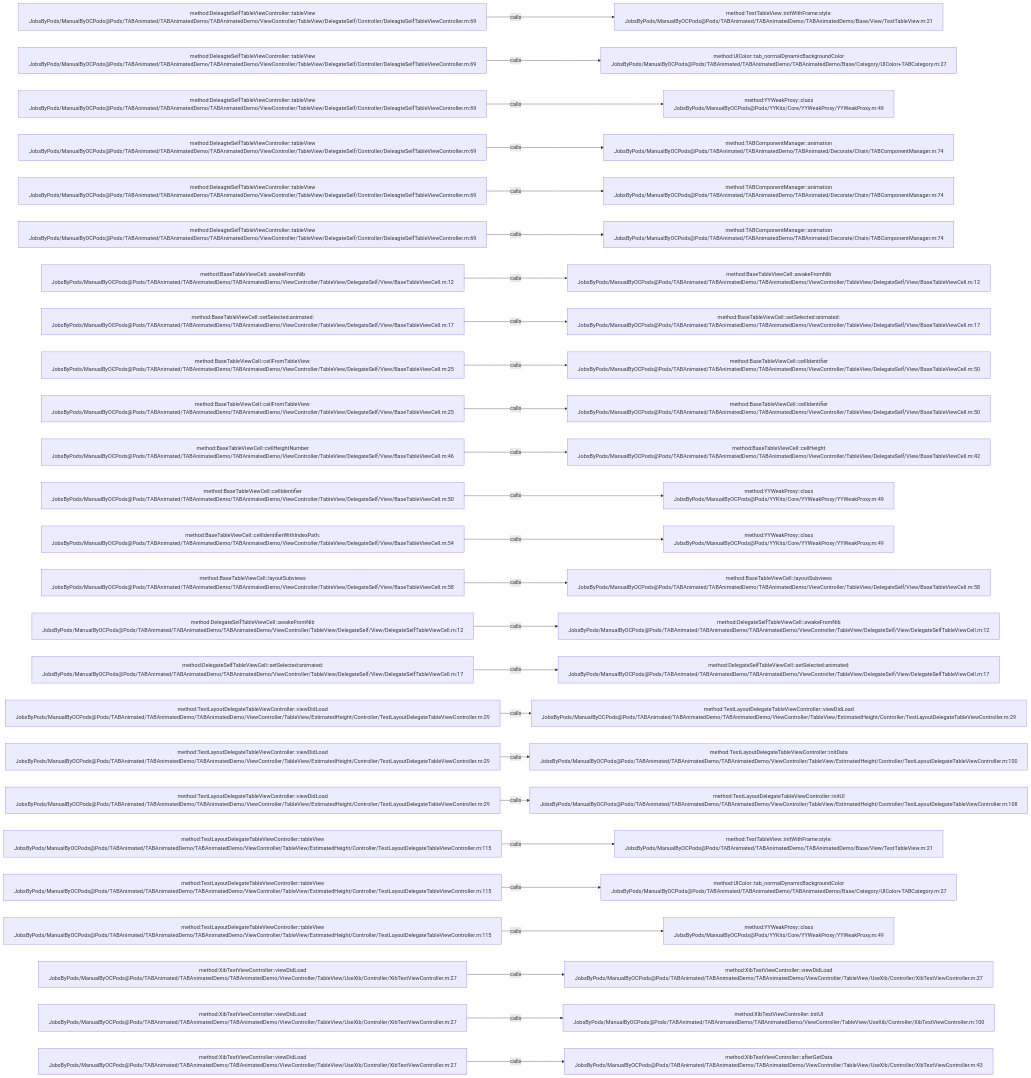
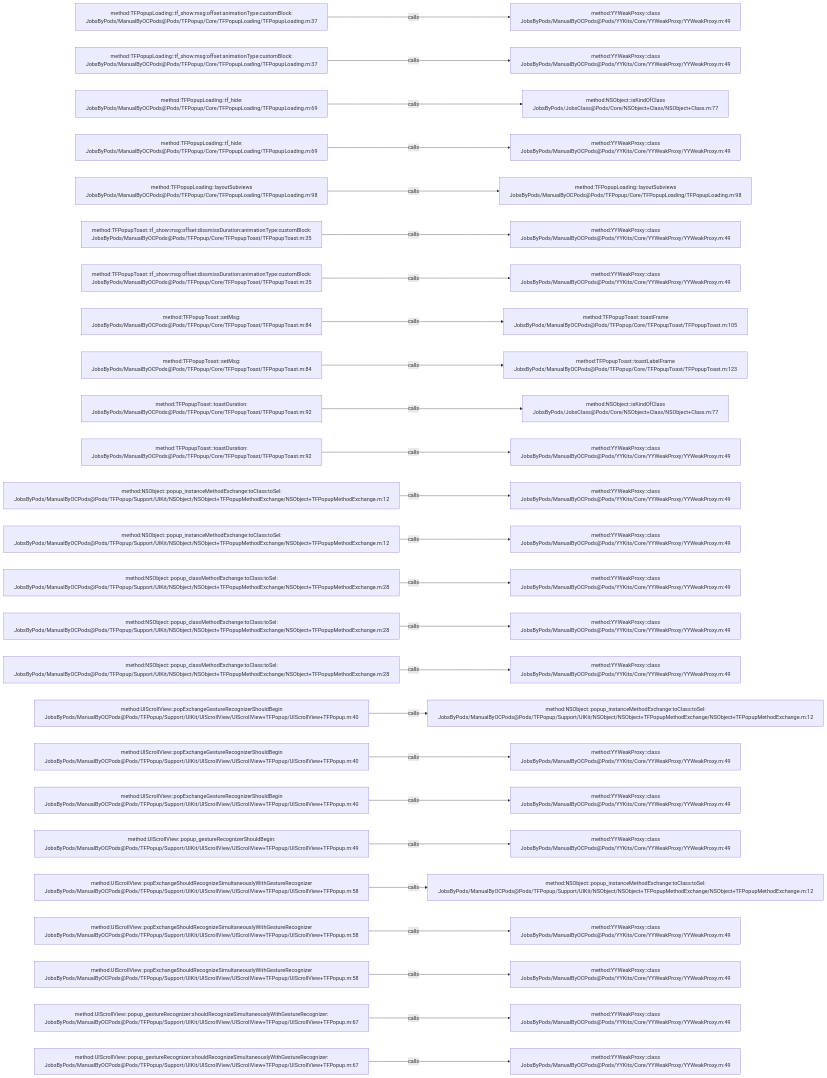
One commit to JobsKits/JobsOCBaseConfigDemo changed the diagram in .codegraph/codegraph.md/graphs/calls-071.md. Above: the diagram before and after it, drawn with Mermaid. The commit also changed 1223 other files, not shown here.

````diff
--- a/.codegraph/codegraph.md/graphs/calls-071.md
+++ b/.codegraph/codegraph.md/graphs/calls-071.md
@@ -13,78 +13,78 @@
 ```mermaid
 flowchart LR
-  S1["method:DeleagteSelfTableViewController::tableView<br/>JobsByPods/ManualByOCPods@Pods/TABAnimated/TABAnimatedDemo/TABAnimatedDemo/ViewController/TableView/DelegateSelf/Controller/DeleagteSelfTableViewController.m:69"]
-  T1["method:TestTableView::initWithFrame:style:<br/>JobsByPods/ManualByOCPods@Pods/TABAnimated/TABAnimatedDemo/TABAnimatedDemo/Base/View/TestTableView.m:21"]
+  S1["method:TFPopupLoading::tf_show:msg:offset:animationType:customBlock:<br/>JobsByPods/ManualByOCPods@Pods/TFPopup/Core/TFPopupLoading/TFPopupLoading.m:37"]
+  T1["method:YYWeakProxy::class<br/>JobsByPods/ManualByOCPods@Pods/YYKits/Core/YYWeakProxy/YYWeakProxy.m:49"]
   S1 -->|calls| T1
-  S2["method:DeleagteSelfTableViewController::tableView<br/>JobsByPods/ManualByOCPods@Pods/TABAnimated/TABAnimatedDemo/TABAnimatedDemo/ViewController/TableView/DelegateSelf/Controller/DeleagteSelfTableViewController.m:69"]
-  T2["method:UIColor::tab_normalDynamicBackgroundColor<br/>JobsByPods/ManualByOCPods@Pods/TABAnimated/TABAnimatedDemo/TABAnimatedDemo/Base/Category/UIColor+TABCategory.m:27"]
+  S2["method:TFPopupLoading::tf_show:msg:offset:animationType:customBlock:<br/>JobsByPods/ManualByOCPods@Pods/TFPopup/Core/TFPopupLoading/TFPopupLoading.m:37"]
+  T2["method:YYWeakProxy::class<br/>JobsByPods/ManualByOCPods@Pods/YYKits/Core/YYWeakProxy/YYWeakProxy.m:49"]
   S2 -->|calls| T2
-  S3["method:DeleagteSelfTableViewController::tableView<br/>JobsByPods/ManualByOCPods@Pods/TABAnimated/TABAnimatedDemo/TABAnimatedDemo/ViewController/TableView/DelegateSelf/Controller/DeleagteSelfTableViewController.m:69"]
-  T3["method:YYWeakProxy::class<br/>JobsByPods/ManualByOCPods@Pods/YYKits/Core/YYWeakProxy/YYWeakProxy.m:49"]
+  S3["method:TFPopupLoading::tf_hide:<br/>JobsByPods/ManualByOCPods@Pods/TFPopup/Core/TFPopupLoading/TFPopupLoading.m:69"]
+  T3["method:NSObject::isKindOfClass<br/>JobsByPods/JobsClass@Pods/Core/NSObject+Class/NSObject+Class.m:77"]
   S3 -->|calls| T3
-  S4["method:DeleagteSelfTableViewController::tableView<br/>JobsByPods/ManualByOCPods@Pods/TABAnimated/TABAnimatedDemo/TABAnimatedDemo/ViewController/TableView/DelegateSelf/Controller/DeleagteSelfTableViewController.m:69"]
-  T4["method:TABComponentManager::animation<br/>JobsByPods/ManualByOCPods@Pods/TABAnimated/TABAnimatedDemo/TABAnimated/Decorate/Chain/TABComponentManager.m:74"]
+  S4["method:TFPopupLoading::tf_hide:<br/>JobsByPods/ManualByOCPods@Pods/TFPopup/Core/TFPopupLoading/TFPopupLoading.m:69"]
+  T4["method:YYWeakProxy::class<br/>JobsByPods/ManualByOCPods@Pods/YYKits/Core/YYWeakProxy/YYWeakProxy.m:49"]
   S4 -->|calls| T4
-  S5["method:DeleagteSelfTableViewController::tableView<br/>JobsByPods/ManualByOCPods@Pods/TABAnimated/TABAnimatedDemo/TABAnimatedDemo/ViewController/TableView/DelegateSelf/Controller/DeleagteSelfTableViewController.m:69"]
-  T5["method:TABComponentManager::animation<br/>JobsByPods/ManualByOCPods@Pods/TABAnimated/TABAnimatedDemo/TABAnimated/Decorate/Chain/TABComponentManager.m:74"]
+  S5["method:TFPopupLoading::layoutSubviews<br/>JobsByPods/ManualByOCPods@Pods/TFPopup/Core/TFPopupLoading/TFPopupLoading.m:98"]
+  T5["method:TFPopupLoading::layoutSubviews<br/>JobsByPods/ManualByOCPods@Pods/TFPopup/Core/TFPopupLoading/TFPopupLoading.m:98"]
   S5 -->|calls| T5
-  S6["method:DeleagteSelfTableViewController::tableView<br/>JobsByPods/ManualByOCPods@Pods/TABAnimated/TABAnimatedDemo/TABAnimatedDemo/ViewController/TableView/DelegateSelf/Controller/DeleagteSelfTableViewController.m:69"]
-  T6["method:TABComponentManager::animation<br/>JobsByPods/ManualByOCPods@Pods/TABAnimated/TABAnimatedDemo/TABAnimated/Decorate/Chain/TABComponentManager.m:74"]
+  S6["method:TFPopupToast::tf_show:msg:offset:dissmissDuration:animationType:customBlock:<br/>JobsByPods/ManualByOCPods@Pods/TFPopup/Core/TFPopupToast/TFPopupToast.m:35"]
+  T6["method:YYWeakProxy::class<br/>JobsByPods/ManualByOCPods@Pods/YYKits/Core/YYWeakProxy/YYWeakProxy.m:49"]
   S6 -->|calls| T6
-  S7["method:BaseTableViewCell::awakeFromNib<br/>JobsByPods/ManualByOCPods@Pods/TABAnimated/TABAnimatedDemo/TABAnimatedDemo/ViewController/TableView/DelegateSelf/View/BaseTableViewCell.m:12"]
-  T7["method:BaseTableViewCell::awakeFromNib<br/>JobsByPods/ManualByOCPods@Pods/TABAnimated/TABAnimatedDemo/TABAnimatedDemo/ViewController/TableView/DelegateSelf/View/BaseTableViewCell.m:12"]
+  S7["method:TFPopupToast::tf_show:msg:offset:dissmissDuration:animationType:customBlock:<br/>JobsByPods/ManualByOCPods@Pods/TFPopup/Core/TFPopupToast/TFPopupToast.m:35"]
+  T7["method:YYWeakProxy::class<br/>JobsByPods/ManualByOCPods@Pods/YYKits/Core/YYWeakProxy/YYWeakProxy.m:49"]
   S7 -->|calls| T7
-  S8["method:BaseTableViewCell::setSelected:animated:<br/>JobsByPods/ManualByOCPods@Pods/TABAnimated/TABAnimatedDemo/TABAnimatedDemo/ViewController/TableView/DelegateSelf/View/BaseTableViewCell.m:17"]
-  T8["method:BaseTableViewCell::setSelected:animated:<br/>JobsByPods/ManualByOCPods@Pods/TABAnimated/TABAnimatedDemo/TABAnimatedDemo/ViewController/TableView/DelegateSelf/View/BaseTableViewCell.m:17"]
+  S8["method:TFPopupToast::setMsg:<br/>JobsByPods/ManualByOCPods@Pods/TFPopup/Core/TFPopupToast/TFPopupToast.m:84"]
+  T8["method:TFPopupToast::toastFrame<br/>JobsByPods/ManualByOCPods@Pods/TFPopup/Core/TFPopupToast/TFPopupToast.m:105"]
   S8 -->|calls| T8
-  S9["method:BaseTableViewCell::cellFromTableView:<br/>JobsByPods/ManualByOCPods@Pods/TABAnimated/TABAnimatedDemo/TABAnimatedDemo/ViewController/TableView/DelegateSelf/View/BaseTableViewCell.m:25"]
-  T9["method:BaseTableViewCell::cellIdentifier<br/>JobsByPods/ManualByOCPods@Pods/TABAnimated/TABAnimatedDemo/TABAnimatedDemo/ViewController/TableView/DelegateSelf/View/BaseTableViewCell.m:50"]
+  S9["method:TFPopupToast::setMsg:<br/>JobsByPods/ManualByOCPods@Pods/TFPopup/Core/TFPopupToast/TFPopupToast.m:84"]
+  T9["method:TFPopupToast::toastLabelFrame<br/>JobsByPods/ManualByOCPods@Pods/TFPopup/Core/TFPopupToast/TFPopupToast.m:123"]
   S9 -->|calls| T9
-  S10["method:BaseTableViewCell::cellFromTableView:<br/>JobsByPods/ManualByOCPods@Pods/TABAnimated/TABAnimatedDemo/TABAnimatedDemo/ViewController/TableView/DelegateSelf/View/BaseTableViewCell.m:25"]
-  T10["method:BaseTableViewCell::cellIdentifier<br/>JobsByPods/ManualByOCPods@Pods/TABAnimated/TABAnimatedDemo/TABAnimatedDemo/ViewController/TableView/DelegateSelf/View/BaseTableViewCell.m:50"]
+  S10["method:TFPopupToast::toastDuration:<br/>JobsByPods/ManualByOCPods@Pods/TFPopup/Core/TFPopupToast/TFPopupToast.m:92"]
+  T10["method:NSObject::isKindOfClass<br/>JobsByPods/JobsClass@Pods/Core/NSObject+Class/NSObject+Class.m:77"]
   S10 -->|calls| T10
-  S11["method:BaseTableViewCell::cellHeightNumber<br/>JobsByPods/ManualByOCPods@Pods/TABAnimated/TABAnimatedDemo/TABAnimatedDemo/ViewController/TableView/DelegateSelf/View/BaseTableViewCell.m:46"]
-  T11["method:BaseTableViewCell::cellHeight<br/>JobsByPods/ManualByOCPods@Pods/TABAnimated/TABAnimatedDemo/TABAnimatedDemo/ViewController/TableView/DelegateSelf/View/BaseTableViewCell.m:42"]
+  S11["method:TFPopupToast::toastDuration:<br/>JobsByPods/ManualByOCPods@Pods/TFPopup/Core/TFPopupToast/TFPopupToast.m:92"]
+  T11["method:YYWeakProxy::class<br/>JobsByPods/ManualByOCPods@Pods/YYKits/Core/YYWeakProxy/YYWeakProxy.m:49"]
   S11 -->|calls| T11
-  S12["method:BaseTableViewCell::cellIdentifier<br/>JobsByPods/ManualByOCPods@Pods/TABAnimated/TABAnimatedDemo/TABAnimatedDemo/ViewController/TableView/DelegateSelf/View/BaseTableViewCell.m:50"]
+  S12["method:NSObject::popup_instanceMethodExchange:toClass:toSel:<br/>JobsByPods/ManualByOCPods@Pods/TFPopup/Support/UIKit/NSObject/NSObject+TFPopupMethodExchange/NSObject+TFPopupMethodExchange.m:12"]
   T12["method:YYWeakProxy::class<br/>JobsByPods/ManualByOCPods@Pods/YYKits/Core/YYWeakProxy/YYWeakProxy.m:49"]
   S12 -->|calls| T12
-  S13["method:BaseTableViewCell::cellIdentifierWithIndexPath:<br/>JobsByPods/ManualByOCPods@Pods/TABAnimated/TABAnimatedDemo/TABAnimatedDemo/ViewController/TableView/DelegateSelf/View/BaseTableViewCell.m:54"]
+  S13["method:NSObject::popup_instanceMethodExchange:toClass:toSel:<br/>JobsByPods/ManualByOCPods@Pods/TFPopup/Support/UIKit/NSObject/NSObject+TFPopupMethodExchange/NSObject+TFPopupMethodExchange.m:12"]
   T13["method:YYWeakProxy::class<br/>JobsByPods/ManualByOCPods@Pods/YYKits/Core/YYWeakProxy/YYWeakProxy.m:49"]
   S13 -->|calls| T13
-  S14["method:BaseTableViewCell::layoutSubviews<br/>JobsByPods/ManualByOCPods@Pods/TABAnimated/TABAnimatedDemo/TABAnimatedDemo/ViewController/TableView/DelegateSelf/View/BaseTableViewCell.m:58"]
-  T14["method:BaseTableViewCell::layoutSubviews<br/>JobsByPods/ManualByOCPods@Pods/TABAnimated/TABAnimatedDemo/TABAnimatedDemo/ViewController/TableView/DelegateSelf/View/BaseTableViewCell.m:58"]
+  S14["method:NSObject::popup_classMethodExchange:toClass:toSel:<br/>JobsByPods/ManualByOCPods@Pods/TFPopup/Support/UIKit/NSObject/NSObject+TFPopupMethodExchange/NSObject+TFPopupMethodExchange.m:28"]
+  T14["method:YYWeakProxy::class<br/>JobsByPods/ManualByOCPods@Pods/YYKits/Core/YYWeakProxy/YYWeakProxy.m:49"]
   S14 -->|calls| T14
-  S15["method:DelegateSelfTableViewCell::awakeFromNib<br/>JobsByPods/ManualByOCPods@Pods/TABAnimated/TABAnimatedDemo/TABAnimatedDemo/ViewController/TableView/DelegateSelf/View/DelegateSelfTableViewCell.m:12"]
-  T15["method:DelegateSelfTableViewCell::awakeFromNib<br/>JobsByPods/ManualByOCPods@Pods/TABAnimated/TABAnimatedDemo/TABAnimatedDemo/ViewController/TableView/DelegateSelf/View/DelegateSelfTableViewCell.m:12"]
+  S15["method:NSObject::popup_classMethodExchange:toClass:toSel:<br/>JobsByPods/ManualByOCPods@Pods/TFPopup/Support/UIKit/NSObject/NSObject+TFPopupMethodExchange/NSObject+TFPopupMethodExchange.m:28"]
+  T15["method:YYWeakProxy::class<br/>JobsByPods/ManualByOCPods@Pods/YYKits/Core/YYWeakProxy/YYWeakProxy.m:49"]
   S15 -->|calls| T15
-  S16["method:DelegateSelfTableViewCell::setSelected:animated:<br/>JobsByPods/ManualByOCPods@Pods/TABAnimated/TABAnimatedDemo/TABAnimatedDemo/ViewController/TableView/DelegateSelf/View/DelegateSelfTableViewCell.m:17"]
-  T16["method:DelegateSelfTableViewCell::setSelected:animated:<br/>JobsByPods/ManualByOCPods@Pods/TABAnimated/TABAnimatedDemo/TABAnimatedDemo/ViewController/TableView/DelegateSelf/View/DelegateSelfTableViewCell.m:17"]
+  S16["method:NSObject::popup_classMethodExchange:toClass:toSel:<br/>JobsByPods/ManualByOCPods@Pods/TFPopup/Support/UIKit/NSObject/NSObject+TFPopupMethodExchange/NSObject+TFPopupMethodExchange.m:28"]
+  T16["method:YYWeakProxy::class<br/>JobsByPods/ManualByOCPods@Pods/YYKits/Core/YYWeakProxy/YYWeakProxy.m:49"]
   S16 -->|calls| T16
-  S17["method:TestLayoutDelegateTableViewController::viewDidLoad<br/>JobsByPods/ManualByOCPods@Pods/TABAnimated/TABAnimatedDemo/TABAnimatedDemo/ViewController/TableView/EstimatedHeight/Controller/TestLayoutDelegateTableViewController.m:29"]
-  T17["method:TestLayoutDelegateTableViewController::viewDidLoad<br/>JobsByPods/ManualByOCPods@Pods/TABAnimated/TABAnimatedDemo/TABAnimatedDemo/ViewController/TableView/EstimatedHeight/Controller/TestLayoutDelegateTableViewController.m:29"]
+  S17["method:UIScrollView::popExchangeGestureRecognizerShouldBegin<br/>JobsByPods/ManualByOCPods@Pods/TFPopup/Support/UIKit/UIScrollView/UIScrollView+TFPopup/UIScrollView+TFPopup.m:40"]
+  T17["method:NSObject::popup_instanceMethodExchange:toClass:toSel:<br/>JobsByPods/ManualByOCPods@Pods/TFPopup/Support/UIKit/NSObject/NSObject+TFPopupMethodExchange/NSObject+TFPopupMethodExchange.m:12"]
   S17 -->|calls| T17
-  S18["method:TestLayoutDelegateTableViewController::viewDidLoad<br/>JobsByPods/ManualByOCPods@Pods/TABAnimated/TABAnimatedDemo/TABAnimatedDemo/ViewController/TableView/EstimatedHeight/Controller/TestLayoutDelegateTableViewController.m:29"]
-  T18["method:TestLayoutDelegateTableViewController::initData<br/>JobsByPods/ManualByOCPods@Pods/TABAnimated/TABAnimatedDemo/TABAnimatedDemo/ViewController/TableView/EstimatedHeight/Controller/TestLayoutDelegateTableViewController.m:100"]
+  S18["method:UIScrollView::popExchangeGestureRecognizerShouldBegin<br/>JobsByPods/ManualByOCPods@Pods/TFPopup/Support/UIKit/UIScrollView/UIScrollView+TFPopup/UIScrollView+TFPopup.m:40"]
+  T18["method:YYWeakProxy::class<br/>JobsByPods/ManualByOCPods@Pods/YYKits/Core/YYWeakProxy/YYWeakProxy.m:49"]
   S18 -->|calls| T18
-  S19["method:TestLayoutDelegateTableViewController::viewDidLoad<br/>JobsByPods/ManualByOCPods@Pods/TABAnimated/TABAnimatedDemo/TABAnimatedDemo/ViewController/TableView/EstimatedHeight/Controller/TestLayoutDelegateTableViewController.m:29"]
-  T19["method:TestLayoutDelegateTableViewController::initUI<br/>JobsByPods/ManualByOCPods@Pods/TABAnimated/TABAnimatedDemo/TABAnimatedDemo/ViewController/TableView/EstimatedHeight/Controller/TestLayoutDelegateTableViewController.m:108"]
+  S19["method:UIScrollView::popExchangeGestureRecognizerShouldBegin<br/>JobsByPods/ManualByOCPods@Pods/TFPopup/Support/UIKit/UIScrollView/UIScrollView+TFPopup/UIScrollView+TFPopup.m:40"]
+  T19["method:YYWeakProxy::class<br/>JobsByPods/ManualByOCPods@Pods/YYKits/Core/YYWeakProxy/YYWeakProxy.m:49"]
   S19 -->|calls| T19
-  S20["method:TestLayoutDelegateTableViewController::tableView<br/>JobsByPods/ManualByOCPods@Pods/TABAnimated/TABAnimatedDemo/TABAnimatedDemo/ViewController/TableView/EstimatedHeight/Controller/TestLayoutDelegateTableViewController.m:115"]
-  T20["method:TestTableView::initWithFrame:style:<br/>JobsByPods/ManualByOCPods@Pods/TABAnimated/TABAnimatedDemo/TABAnimatedDemo/Base/View/TestTableView.m:21"]
+  S20["method:UIScrollView::popup_gestureRecognizerShouldBegin:<br/>JobsByPods/ManualByOCPods@Pods/TFPopup/Support/UIKit/UIScrollView/UIScrollView+TFPopup/UIScrollView+TFPopup.m:49"]
+  T20["method:YYWeakProxy::class<br/>JobsByPods/ManualByOCPods@Pods/YYKits/Core/YYWeakProxy/YYWeakProxy.m:49"]
   S20 -->|calls| T20
-  S21["method:TestLayoutDelegateTableViewController::tableView<br/>JobsByPods/ManualByOCPods@Pods/TABAnimated/TABAnimatedDemo/TABAnimatedDemo/ViewController/TableView/EstimatedHeight/Controller/TestLayoutDelegateTableViewController.m:115"]
-  T21["method:UIColor::tab_normalDynamicBackgroundColor<br/>JobsByPods/ManualByOCPods@Pods/TABAnimated/TABAnimatedDemo/TABAnimatedDemo/Base/Category/UIColor+TABCategory.m:27"]
+  S21["method:UIScrollView::popExchangeShouldRecognizeSimultaneouslyWithGestureRecognizer<br/>JobsByPods/ManualByOCPods@Pods/TFPopup/Support/UIKit/UIScrollView/UIScrollView+TFPopup/UIScrollView+TFPopup.m:58"]
+  T21["method:NSObject::popup_instanceMethodExchange:toClass:toSel:<br/>JobsByPods/ManualByOCPods@Pods/TFPopup/Support/UIKit/NSObject/NSObject+TFPopupMethodExchange/NSObject+TFPopupMethodExchange.m:12"]
   S21 -->|calls| T21
-  S22["method:TestLayoutDelegateTableViewController::tableView<br/>JobsByPods/ManualByOCPods@Pods/TABAnimated/TABAnimatedDemo/TABAnimatedDemo/ViewController/TableView/EstimatedHeight/Controller/TestLayoutDelegateTableViewController.m:115"]
+  S22["method:UIScrollView::popExchangeShouldRecognizeSimultaneouslyWithGestureRecognizer<br/>JobsByPods/ManualByOCPods@Pods/TFPopup/Support/UIKit/UIScrollView/UIScrollView+TFPopup/UIScrollView+TFPopup.m:58"]
   T22["method:YYWeakProxy::class<br/>JobsByPods/ManualByOCPods@Pods/YYKits/Core/YYWeakProxy/YYWeakProxy.m:49"]
   S22 -->|calls| T22
-  S23["method:XibTestViewController::viewDidLoad<br/>JobsByPods/ManualByOCPods@Pods/TABAnimated/TABAnimatedDemo/TABAnimatedDemo/ViewController/TableView/UseXib/Controller/XibTestViewController.m:27"]
-  T23["method:XibTestViewController::viewDidLoad<br/>JobsByPods/ManualByOCPods@Pods/TABAnimated/TABAnimatedDemo/TABAnimatedDemo/ViewController/TableView/UseXib/Controller/XibTestViewController.m:27"]
+  S23["method:UIScrollView::popExchangeShouldRecognizeSimultaneouslyWithGestureRecognizer<br/>JobsByPods/ManualByOCPods@Pods/TFPopup/Support/UIKit/UIScrollView/UIScrollView+TFPopup/UIScrollView+TFPopup.m:58"]
+  T23["method:YYWeakProxy::class<br/>JobsByPods/ManualByOCPods@Pods/YYKits/Core/YYWeakProxy/YYWeakProxy.m:49"]
   S23 -->|calls| T23
-  S24["method:XibTestViewController::viewDidLoad<br/>JobsByPods/ManualByOCPods@Pods/TABAnimated/TABAnimatedDemo/TABAnimatedDemo/ViewController/TableView/UseXib/Controller/XibTestViewController.m:27"]
-  T24["method:XibTestViewController::initUI<br/>JobsByPods/ManualByOCPods@Pods/TABAnimated/TABAnimatedDemo/TABAnimatedDemo/ViewController/TableView/UseXib/Controller/XibTestViewController.m:100"]
+  S24["method:UIScrollView::popup_gestureRecognizer:shouldRecognizeSimultaneouslyWithGestureRecognizer:<br/>JobsByPods/ManualByOCPods@Pods/TFPopup/Support/UIKit/UIScrollView/UIScrollView+TFPopup/UIScrollView+TFPopup.m:67"]
+  T24["method:YYWeakProxy::class<br/>JobsByPods/ManualByOCPods@Pods/YYKits/Core/YYWeakProxy/YYWeakProxy.m:49"]
   S24 -->|calls| T24
-  S25["method:XibTestViewController::viewDidLoad<br/>JobsByPods/ManualByOCPods@Pods/TABAnimated/TABAnimatedDemo/TABAnimatedDemo/ViewController/TableView/UseXib/Controller/XibTestViewController.m:27"]
-  T25["method:XibTestViewController::afterGetData<br/>JobsByPods/ManualByOCPods@Pods/TABAnimated/TABAnimatedDemo/TABAnimatedDemo/ViewController/TableView/UseXib/Controller/XibTestViewController.m:43"]
+  S25["method:UIScrollView::popup_gestureRecognizer:shouldRecognizeSimultaneouslyWithGestureRecognizer:<br/>JobsByPods/ManualByOCPods@Pods/TFPopup/Support/UIKit/UIScrollView/UIScrollView+TFPopup/UIScrollView+TFPopup.m:67"]
+  T25["method:YYWeakProxy::class<br/>JobsByPods/ManualByOCPods@Pods/YYKits/Core/YYWeakProxy/YYWeakProxy.m:49"]
   S25 -->|calls| T25
 ```
````
